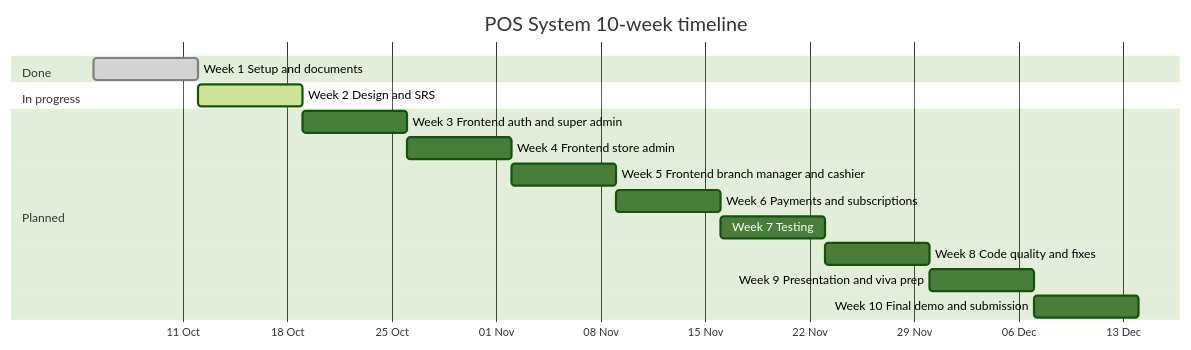
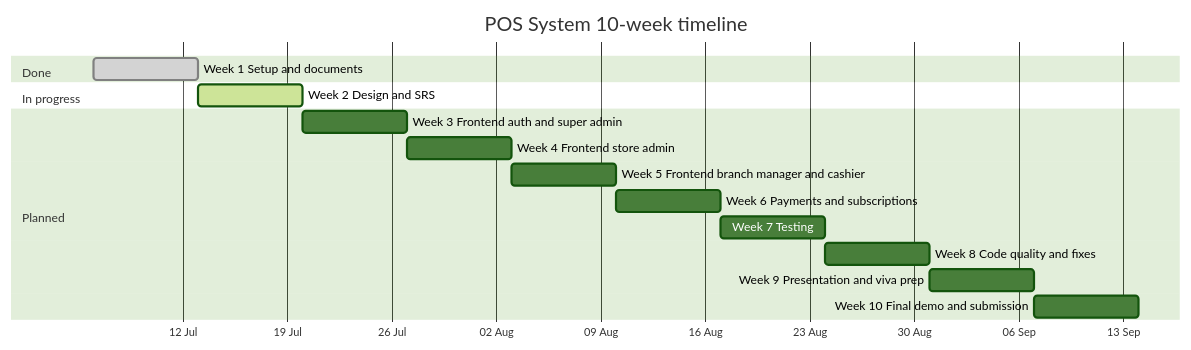
One commit to subhash8729/billing-system changed the diagram in reports/09-timeline/TIMELINE.md. Above: the diagram before and after it, drawn with Mermaid (forest theme). The commit also changed other lines of this file and 2 other files, not shown here.

Commit message:
docs: set weekly plan start to 6 July 2026 in timeline and week 1 report

````diff
--- a/reports/09-timeline/TIMELINE.md
+++ b/reports/09-timeline/TIMELINE.md
@@ -7,19 +7,19 @@
 ```mermaid
 gantt
     title POS System 10-week timeline
     dateFormat YYYY-MM-DD
     axisFormat %d %b
     section Done
-    Week 1 Setup and documents                :done, w1, 2026-10-05, 7d
+    Week 1 Setup and documents                :done, w1, 2026-07-06, 7d
     section In progress
-    Week 2 Design and SRS                     :active, w2, 2026-10-12, 7d
+    Week 2 Design and SRS                     :active, w2, 2026-07-13, 7d
     section Planned
-    Week 3 Frontend auth and super admin      :w3, 2026-10-19, 7d
-    Week 4 Frontend store admin               :w4, 2026-10-26, 7d
-    Week 5 Frontend branch manager and cashier :w5, 2026-11-02, 7d
-    Week 6 Payments and subscriptions         :w6, 2026-11-09, 7d
-    Week 7 Testing                            :w7, 2026-11-16, 7d
-    Week 8 Code quality and fixes             :w8, 2026-11-23, 7d
-    Week 9 Presentation and viva prep         :w9, 2026-11-30, 7d
-    Week 10 Final demo and submission         :w10, 2026-12-07, 7d
+    Week 3 Frontend auth and super admin      :w3, 2026-07-20, 7d
+    Week 4 Frontend store admin               :w4, 2026-07-27, 7d
+    Week 5 Frontend branch manager and cashier :w5, 2026-08-03, 7d
+    Week 6 Payments and subscriptions         :w6, 2026-08-10, 7d
+    Week 7 Testing                            :w7, 2026-08-17, 7d
+    Week 8 Code quality and fixes             :w8, 2026-08-24, 7d
+    Week 9 Presentation and viva prep         :w9, 2026-08-31, 7d
+    Week 10 Final demo and submission         :w10, 2026-09-07, 7d
 ```
````
